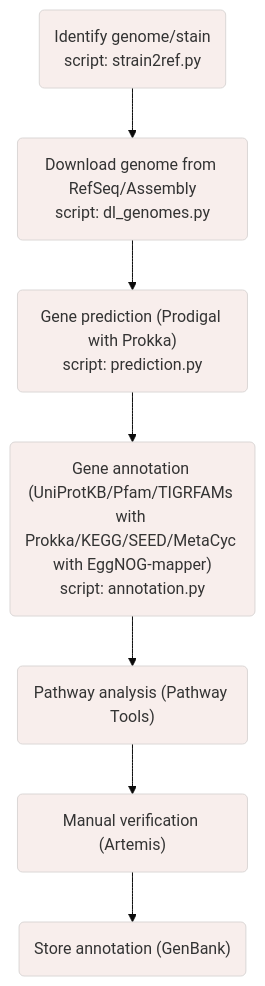
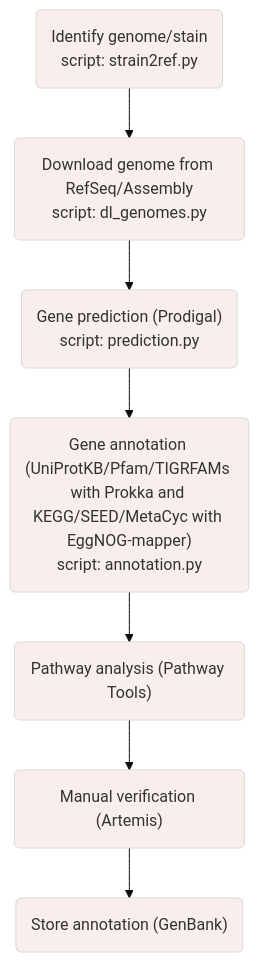
One commit to MaximeNaour/GenoTools changed the diagram in README.md. Above: the diagram before and after it, drawn with Mermaid. The commit also changed other lines of this file, not shown here.

````diff
--- a/README.md
+++ b/README.md
@@ -3,16 +3,16 @@
 ```mermaid
 %%{init: {'theme': 'base', 'themeVariables': { 'primaryColor': '#f8eeec', 'edgeLabelBackground':'#ffffff'}}}%%
 
 flowchart TB;
 linkStyle default interpolate basis
 classDef exClass font-style:bold;
 classDef exClass font-size:16px;
 
 A("<font size=3>Identify genome/stain<br>script: strain2ref.py") --> B("<font size=3>Download genome from RefSeq/Assembly<br>script: dl_genomes.py");
-B --> C("<font size=3>Gene prediction (Prodigal with Prokka)<br>script: prediction.py");
-C --> D("<font size=3>Gene annotation (UniProtKB/Pfam/TIGRFAMs with Prokka/KEGG/SEED/MetaCyc with EggNOG-mapper)<br>script: annotation.py");
+B --> C("<font size=3>Gene prediction (Prodigal)<br>script: prediction.py");
+C --> D("<font size=3>Gene annotation (UniProtKB/Pfam/TIGRFAMs with Prokka and KEGG/SEED/MetaCyc with EggNOG-mapper)<br>script: annotation.py");
 D --> E("<font size=3>Pathway analysis (Pathway Tools)");
 E --> F("<font size=3>Manual verification (Artemis)");
 F --> G("<font size=3>Store annotation (GenBank)");
 
 ```
````
